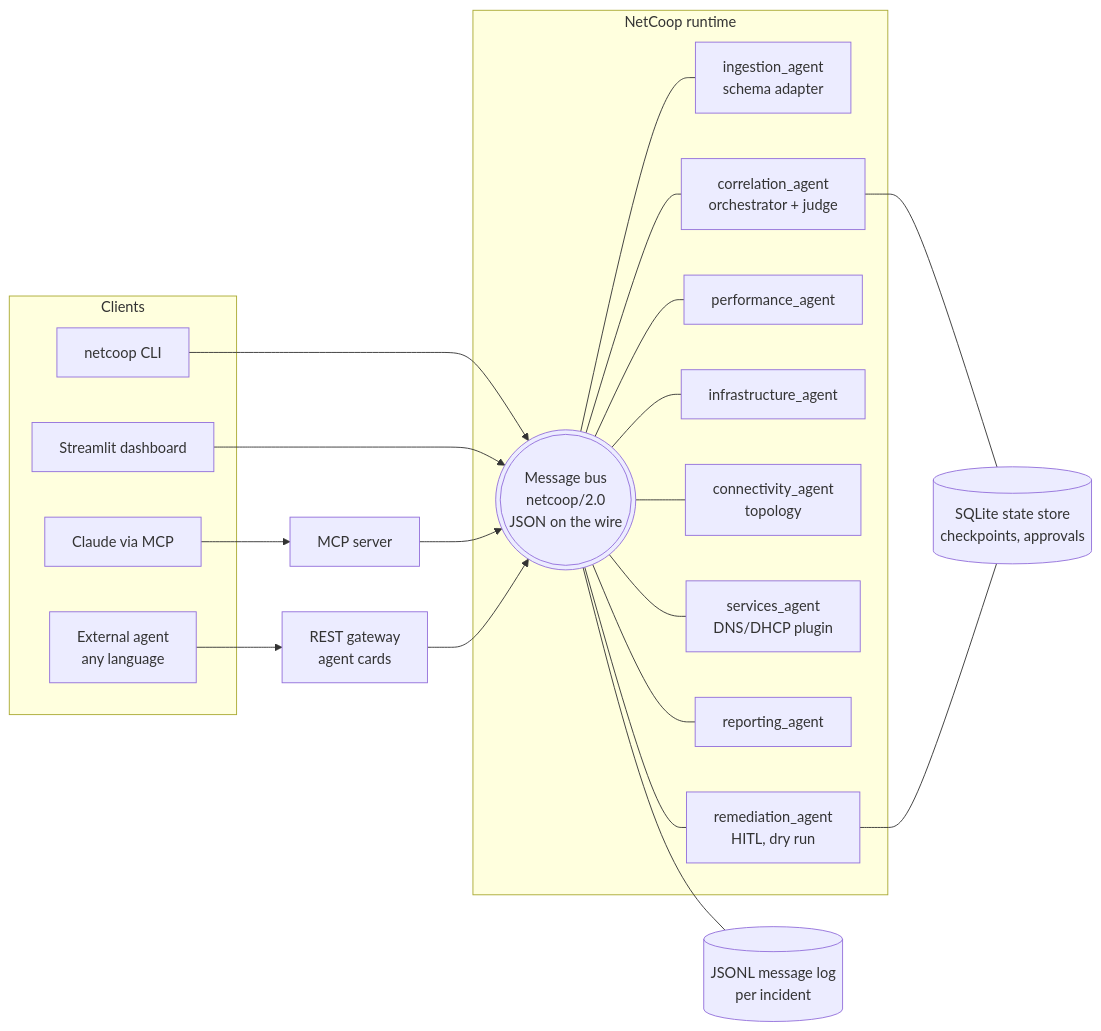
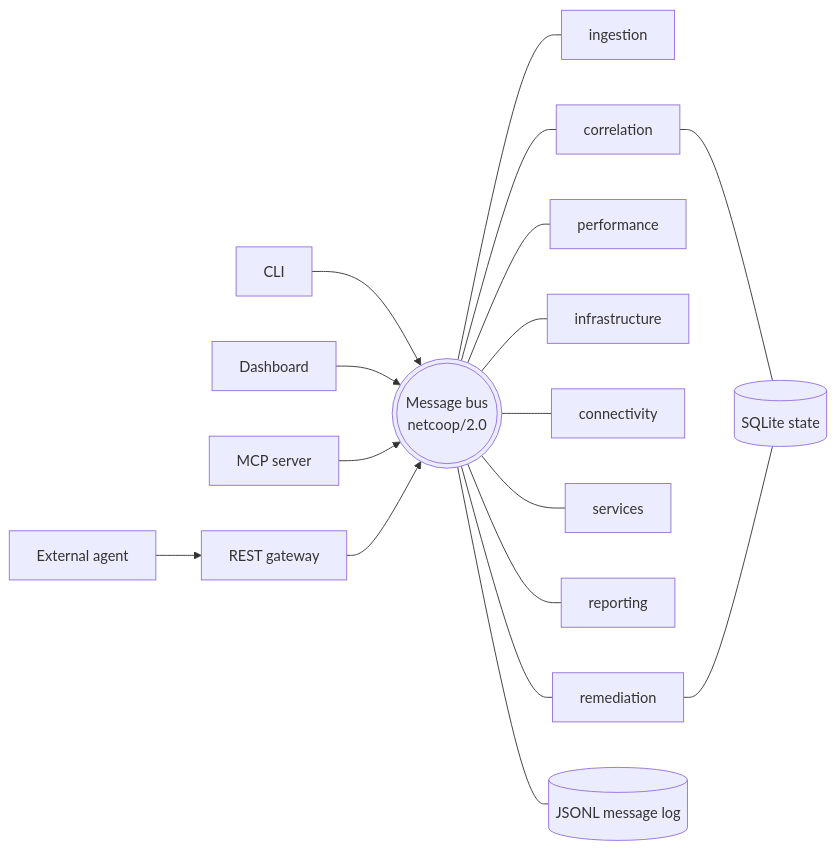
The diagram in README.md (bsathwik-07/netcoop-ai), drawn with Mermaid before and after one commit. The commit also changed other lines of this file and 21 other files, not shown here.

````diff
--- a/README.md
+++ b/README.md
@@ -87,30 +82,20 @@
 ```mermaid
 flowchart LR
-    subgraph clients[Clients]
-        CLI[netcoop CLI]
-        DASH[Streamlit dashboard]
-        MCPC[Claude via MCP]
-        EXT[External agent<br/>any language]
-    end
-    subgraph core[NetCoop runtime]
-        BUS(((Message bus<br/>netcoop/2.0<br/>JSON on the wire)))
-        ING[ingestion_agent<br/>schema adapter]
-        COR[correlation_agent<br/>orchestrator + judge]
-        PERF[performance_agent]
-        INFRA[infrastructure_agent]
-        CONN[connectivity_agent<br/>topology]
-        SVC[services_agent<br/>DNS/DHCP plugin]
-        REP[reporting_agent]
-        REM[remediation_agent<br/>HITL, dry run]
-    end
-    STORE[(SQLite state store<br/>checkpoints, approvals)]
-    LOG[(JSONL message log<br/>per incident)]
-    CLI --> BUS
-    DASH --> BUS
-    MCPC --> MCPS[MCP server] --> BUS
-    EXT --> GW[REST gateway<br/>agent cards] --> BUS
-    BUS --- ING & COR & PERF & INFRA & CONN & SVC & REP & REM
-    COR --- STORE
+    CLI[CLI] --> BUS
+    DASH[Dashboard] --> BUS
+    MCP[MCP server] --> BUS
+    GW[REST gateway] --> BUS
+    EXT[External agent] --> GW
+    BUS(((Message bus<br/>netcoop/2.0)))
+    BUS --- ING[ingestion]
+    BUS --- COR[correlation]
+    BUS --- PERF[performance]
+    BUS --- INFRA[infrastructure]
+    BUS --- CONN[connectivity]
+    BUS --- SVC[services]
+    BUS --- REP[reporting]
+    BUS --- REM[remediation]
+    COR --- STORE[(SQLite state)]
     REM --- STORE
-    BUS --- LOG
+    BUS --- LOG[(JSONL message log)]
 ```
````
